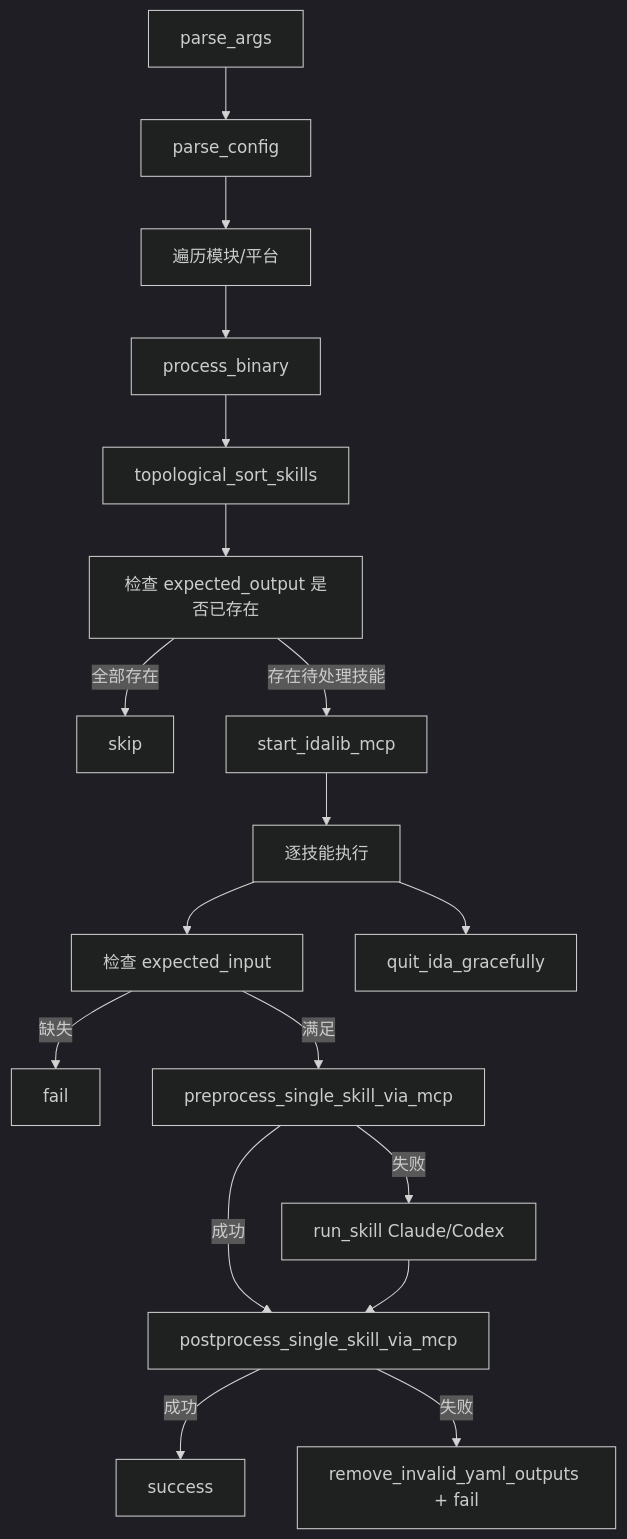
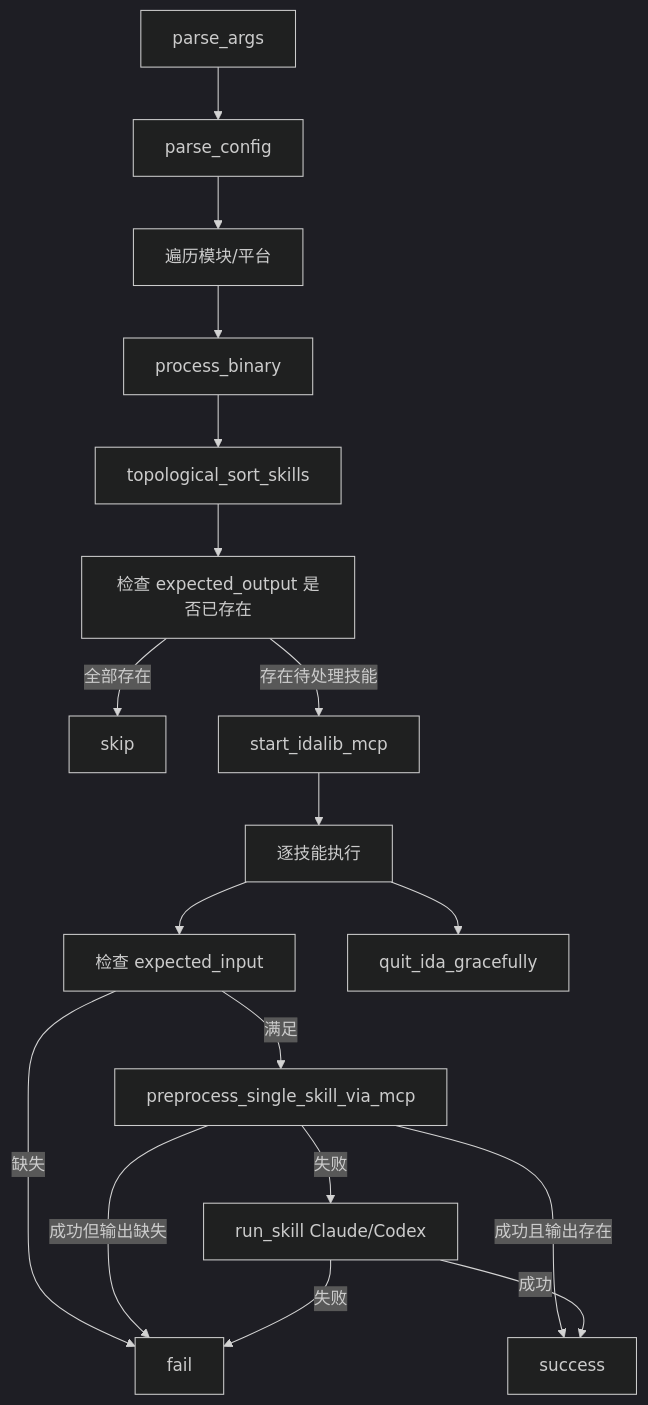
One commit to hzqst/CS2_VibeSignatures changed the diagram in .serena/memories/ida_analyze_bin.md. Above: the diagram before and after it, drawn with Mermaid (dark theme). The commit also changed other lines of this file and 3 other files, not shown here.

````diff
--- a/.serena/memories/ida_analyze_bin.md
+++ b/.serena/memories/ida_analyze_bin.md
@@ -26,20 +25,20 @@
 ```mermaid
 flowchart TD
   A[parse_args] --> B[parse_config]
   B --> C[遍历模块/平台]
   C --> D[process_binary]
   D --> E[topological_sort_skills]
   E --> F[检查 expected_output 是否已存在]
   F -->|全部存在| G[skip]
   F -->|存在待处理技能| H[start_idalib_mcp]
   H --> I[逐技能执行]
   I --> J[检查 expected_input]
   J -->|缺失| K[fail]
   J -->|满足| L[preprocess_single_skill_via_mcp]
-  L -->|成功| M[postprocess_single_skill_via_mcp]
+  L -->|成功且输出存在| O[success]
+  L -->|成功但输出缺失| K
   L -->|失败| N[run_skill Claude/Codex]
-  N --> M
-  M -->|成功| O[success]
-  M -->|失败| P[remove_invalid_yaml_outputs + fail]
+  N -->|成功| O
+  N -->|失败| K
   I --> Q[quit_ida_gracefully]
 ```
````
